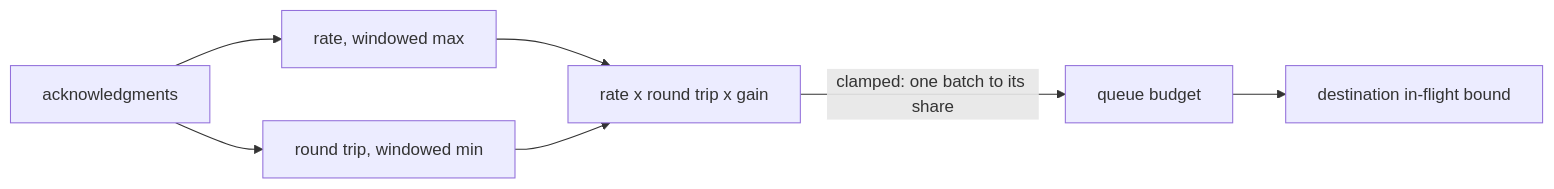
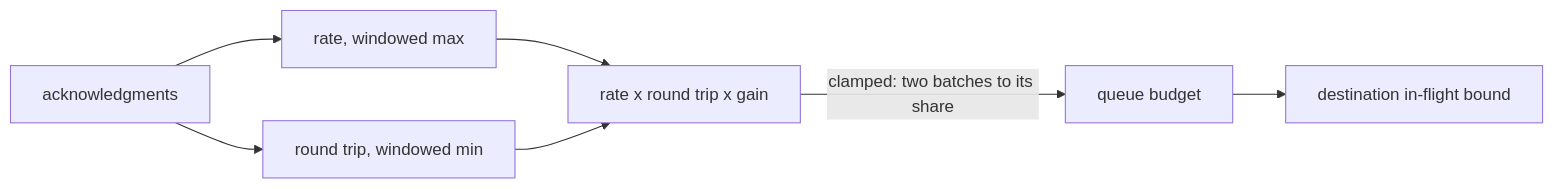
One commit to smeltr-sh/smeltr changed the second of 3 diagrams in docs/architecture/runtime-stages.md. Above: the diagram before and after it, drawn with Mermaid. The commit also changed other lines of this file and 1 other file, not shown here.

First line of the commit message:
egress: two batches on the wire, and the round trip measured again when old

````diff
--- a/docs/architecture/runtime-stages.md
+++ b/docs/architecture/runtime-stages.md
@@ -129,9 +132,9 @@
 ```mermaid
 flowchart LR
   A[acknowledgments] --> R[rate, windowed max]
   A --> T[round trip, windowed min]
   R --> X[rate x round trip x gain]
   T --> X
-  X -->|clamped: one batch to its share| B[queue budget]
+  X -->|clamped: two batches to its share| B[queue budget]
   B --> D[destination in-flight bound]
 ```
````
